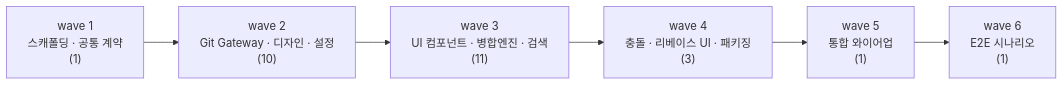
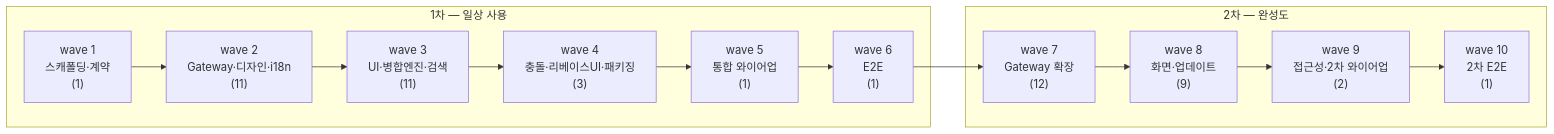
Before and after one commit to biuea3866/gitkraken-clone-app: the diagram in tickets/README.md, drawn with Mermaid. The commit also changed other lines of this file and 25 other files, not shown here.

````diff
--- a/tickets/README.md
+++ b/tickets/README.md
@@ -42,14 +101,26 @@
 ```mermaid
 flowchart LR
-    W1["wave 1<br/>스캐폴딩 · 공통 계약<br/>(1)"]
-    W2["wave 2<br/>Git Gateway · 디자인 · 설정<br/>(10)"]
-    W3["wave 3<br/>UI 컴포넌트 · 병합엔진 · 검색<br/>(11)"]
-    W4["wave 4<br/>충돌 · 리베이스 UI · 패키징<br/>(3)"]
-    W5["wave 5<br/>통합 와이어업<br/>(1)"]
-    W6["wave 6<br/>E2E 시나리오<br/>(1)"]
+    subgraph P1["1차 — 일상 사용"]
+        W1["wave 1<br/>스캐폴딩·계약<br/>(1)"]
+        W2["wave 2<br/>Gateway·디자인·i18n<br/>(11)"]
+        W3["wave 3<br/>UI·병합엔진·검색<br/>(11)"]
+        W4["wave 4<br/>충돌·리베이스UI·패키징<br/>(3)"]
+        W5["wave 5<br/>통합 와이어업<br/>(1)"]
+        W6["wave 6<br/>E2E<br/>(1)"]
+    end
+    subgraph P2["2차 — 완성도"]
+        W7["wave 7<br/>Gateway 확장<br/>(12)"]
+        W8["wave 8<br/>화면·업데이트<br/>(9)"]
+        W9["wave 9<br/>접근성·2차 와이어업<br/>(2)"]
+        W10["wave 10<br/>2차 E2E<br/>(1)"]
+    end
     W1 --> W2
     W2 --> W3
     W3 --> W4
     W4 --> W5
     W5 --> W6
+    W6 --> W7
+    W7 --> W8
+    W8 --> W9
+    W9 --> W10
 ```
````
